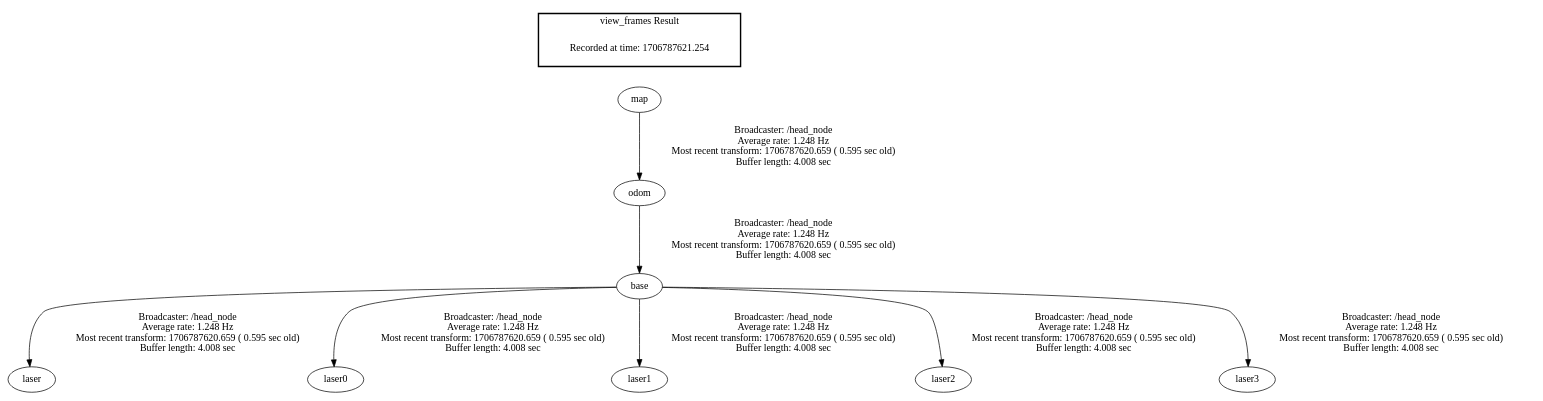
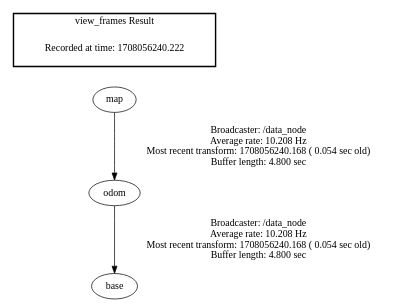
One commit to Vasechkin2020/RoboBIM-Linux changed the diagram in frames.gv. Above: the diagram before and after it, drawn with Graphviz. The commit also changed 10 other files, not shown here.

```diff
--- a/frames.gv
+++ b/frames.gv
@@ -1,13 +1,8 @@
 digraph G {
-"map" -> "odom"[label="Broadcaster: /head_node\nAverage rate: 1.248 Hz\nMost recent transform: 1706787620.659 ( 0.595 sec old)\nBuffer length: 4.008 sec\n"];
-"odom" -> "base"[label="Broadcaster: /head_node\nAverage rate: 1.248 Hz\nMost recent transform: 1706787620.659 ( 0.595 sec old)\nBuffer length: 4.008 sec\n"];
-"base" -> "laser"[label="Broadcaster: /head_node\nAverage rate: 1.248 Hz\nMost recent transform: 1706787620.659 ( 0.595 sec old)\nBuffer length: 4.008 sec\n"];
-"base" -> "laser0"[label="Broadcaster: /head_node\nAverage rate: 1.248 Hz\nMost recent transform: 1706787620.659 ( 0.595 sec old)\nBuffer length: 4.008 sec\n"];
-"base" -> "laser1"[label="Broadcaster: /head_node\nAverage rate: 1.248 Hz\nMost recent transform: 1706787620.659 ( 0.595 sec old)\nBuffer length: 4.008 sec\n"];
-"base" -> "laser2"[label="Broadcaster: /head_node\nAverage rate: 1.248 Hz\nMost recent transform: 1706787620.659 ( 0.595 sec old)\nBuffer length: 4.008 sec\n"];
-"base" -> "laser3"[label="Broadcaster: /head_node\nAverage rate: 1.248 Hz\nMost recent transform: 1706787620.659 ( 0.595 sec old)\nBuffer length: 4.008 sec\n"];
+"map" -> "odom"[label="Broadcaster: /data_node\nAverage rate: 10.208 Hz\nMost recent transform: 1708056240.168 ( 0.054 sec old)\nBuffer length: 4.800 sec\n"];
+"odom" -> "base"[label="Broadcaster: /data_node\nAverage rate: 10.208 Hz\nMost recent transform: 1708056240.168 ( 0.054 sec old)\nBuffer length: 4.800 sec\n"];
 edge [style=invis];
  subgraph cluster_legend { style=bold; color=black; label ="view_frames Result";
-"Recorded at time: 1706787621.254"[ shape=plaintext ] ;
+"Recorded at time: 1708056240.222"[ shape=plaintext ] ;
  }->"map";
 }
```
